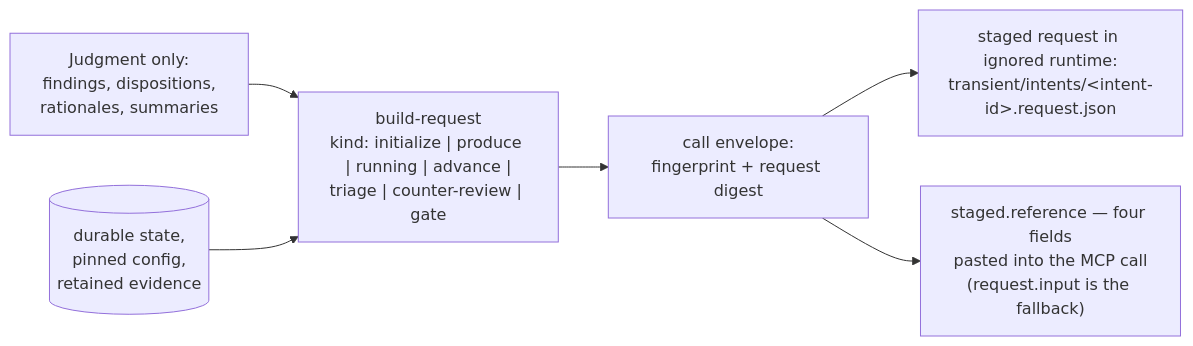
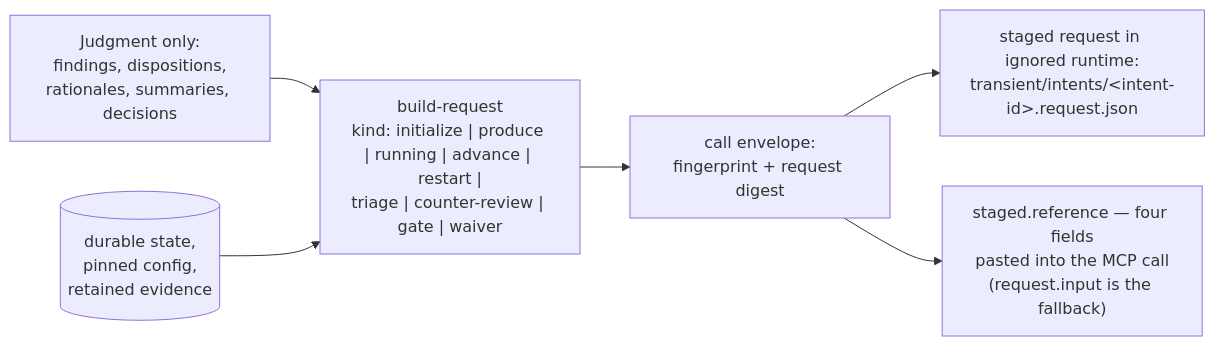
Before and after one commit to Aroton/ArchflowV2: the diagram in docs/cli/COMMANDS.md, drawn with Mermaid. The commit also changed other lines of this file and 88 other files, not shown here.

````diff
--- a/docs/cli/COMMANDS.md
+++ b/docs/cli/COMMANDS.md
@@ -65,8 +67,8 @@
 ```mermaid
 flowchart LR
-    J["Judgment only:<br/>findings, dispositions,<br/>rationales, summaries"] --> BR["build-request<br/>kind: initialize | produce | running | advance |<br/>triage | counter-review | gate"]
+    J["Judgment only:<br/>findings, dispositions,<br/>rationales, summaries, decisions"] --> BR["build-request<br/>kind: initialize | produce | running | advance | restart |<br/>triage | counter-review | gate | waiver"]
     DS[("durable state,<br/>pinned config,<br/>retained evidence")] --> BR
     BR --> ENV["call envelope:<br/>fingerprint + request digest"]
     ENV --> STG["staged request in ignored runtime:<br/>transient/intents/&lt;intent-id&gt;.request.json"]
     ENV --> OUT["staged.reference — four fields<br/>pasted into the MCP call<br/>(request.input is the fallback)"]
 ```
````
